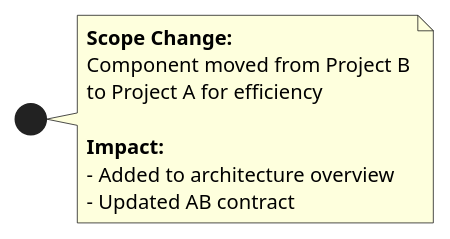
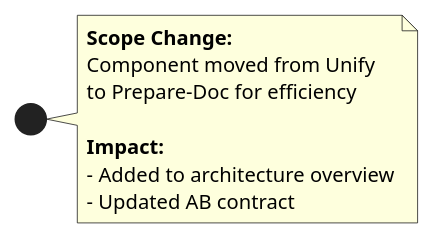
Before and after one commit to williaby/image-preprocessing-detector: diagram 23 of 24 in docs/architecture/diagrams/STYLE_GUIDE.md, drawn with PlantUML. The commit also changed other lines of this file and 212 other files, not shown here.

````diff
--- a/docs/architecture/diagrams/STYLE_GUIDE.md
+++ b/docs/architecture/diagrams/STYLE_GUIDE.md
@@ -399,11 +399,11 @@
 ```plantuml
 note right
   **Scope Change:**
-  Component moved from Project B
-  to Project A for efficiency
+  Component moved from Unify
+  to Prepare-Doc for efficiency
 
   **Impact:**
   - Added to architecture overview
   - Updated AB contract
 end note
 ```
````
